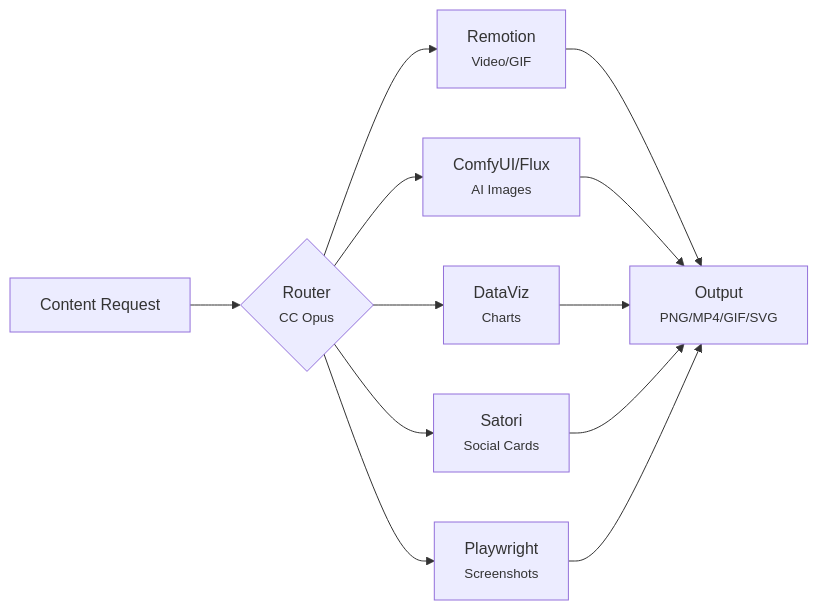
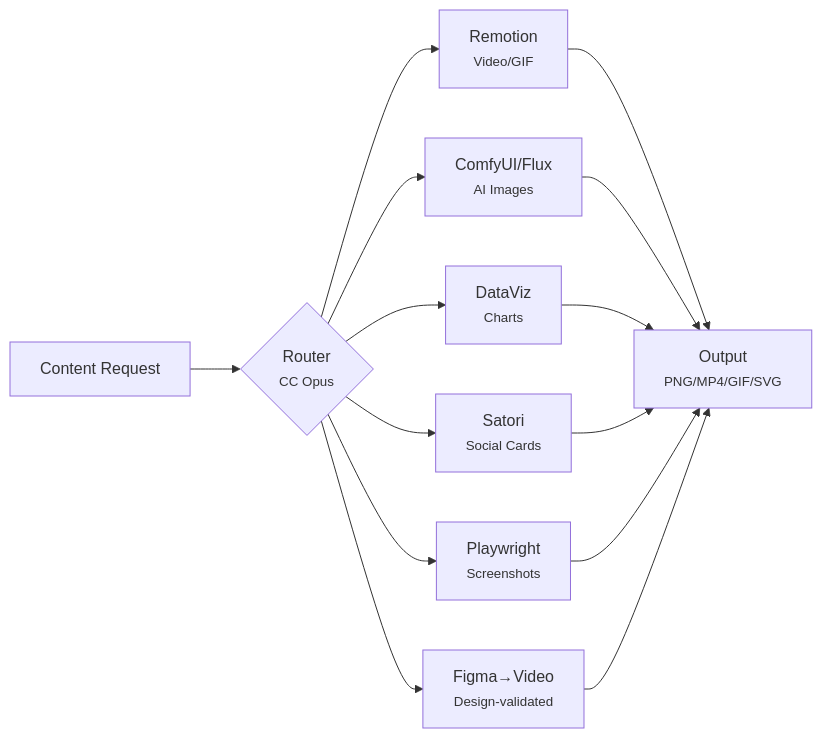
Before and after one commit to naeemkhan3starjee079-spec/golems: the diagram in packages/dashboard/content/docs/content-pipelines.md, drawn with Mermaid. The commit also changed other lines of this file and 5 other files, not shown here.

````diff
--- a/packages/dashboard/content/docs/content-pipelines.md
+++ b/packages/dashboard/content/docs/content-pipelines.md
@@ -11,10 +11,11 @@
 ```mermaid
 flowchart LR
     I["Content Request"] --> R{"Router<br/><small>CC Opus</small>"}
     R --> P1["Remotion<br/><small>Video/GIF</small>"]
     R --> P2["ComfyUI/Flux<br/><small>AI Images</small>"]
     R --> P3["DataViz<br/><small>Charts</small>"]
     R --> P4["Satori<br/><small>Social Cards</small>"]
     R --> P5["Playwright<br/><small>Screenshots</small>"]
-    P1 & P2 & P3 & P4 & P5 --> O["Output<br/><small>PNG/MP4/GIF/SVG</small>"]
+    R --> P6["Figma→Video<br/><small>Design-validated</small>"]
+    P1 & P2 & P3 & P4 & P5 & P6 --> O["Output<br/><small>PNG/MP4/GIF/SVG</small>"]
 ```
````
